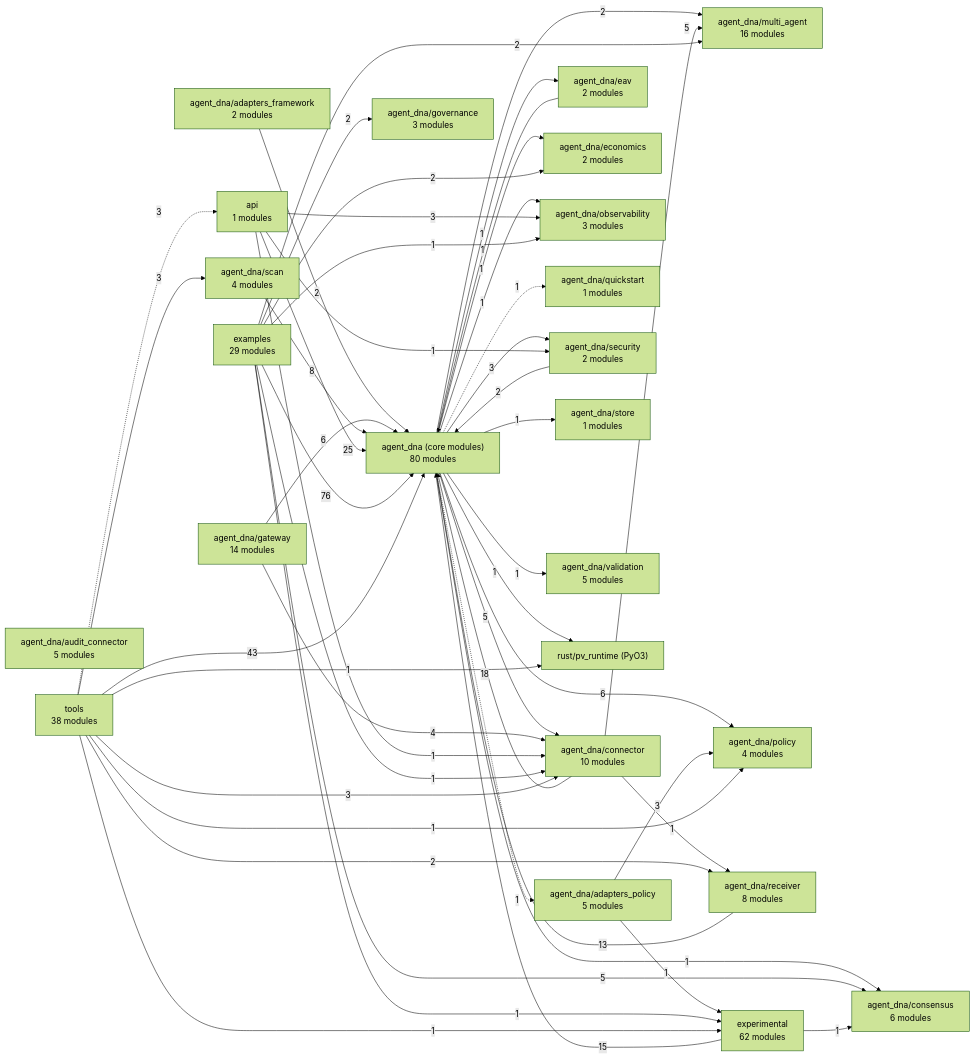
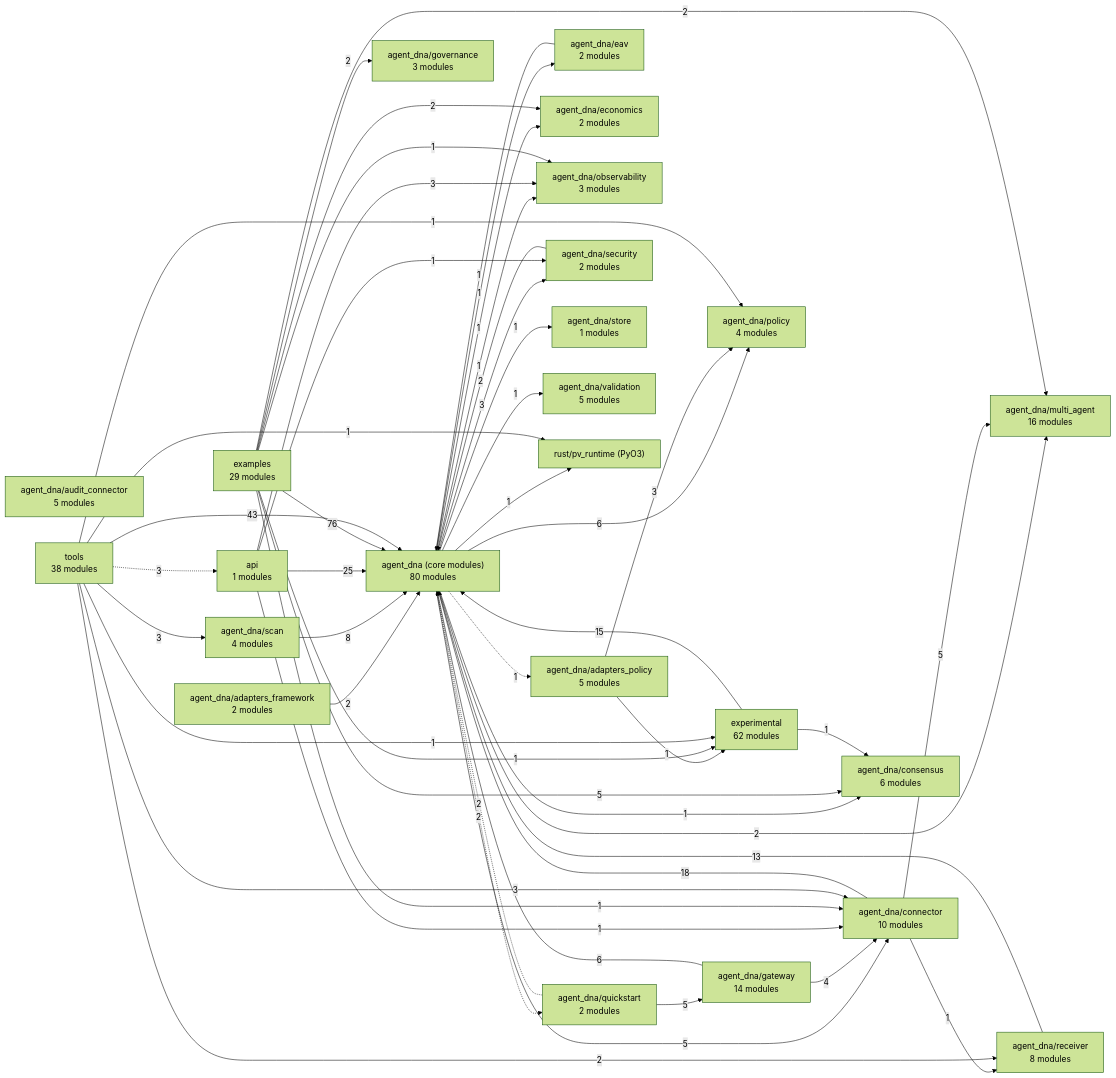
The diagram in docs/architecture/MAP.md (LOLA0786/privatevault-agent-dna), drawn with Mermaid (forest theme) before and after one commit. The commit also changed other lines of this file and 23 other files, not shown here.

````diff
--- a/docs/architecture/MAP.md
+++ b/docs/architecture/MAP.md
@@ -7,74 +7,76 @@
 ```mermaid
 flowchart LR
   n0["agent_dna (core modules)<br/>80 modules"]
   n1["agent_dna/adapters_framework<br/>2 modules"]
   n2["agent_dna/adapters_policy<br/>5 modules"]
   n3["agent_dna/audit_connector<br/>5 modules"]
   n4["agent_dna/connector<br/>10 modules"]
   n5["agent_dna/consensus<br/>6 modules"]
   n6["agent_dna/eav<br/>2 modules"]
   n7["agent_dna/economics<br/>2 modules"]
   n8["agent_dna/gateway<br/>14 modules"]
   n9["agent_dna/governance<br/>3 modules"]
   n10["agent_dna/multi_agent<br/>16 modules"]
   n11["agent_dna/observability<br/>3 modules"]
   n12["agent_dna/policy<br/>4 modules"]
-  n13["agent_dna/quickstart<br/>1 modules"]
+  n13["agent_dna/quickstart<br/>2 modules"]
   n14["agent_dna/receiver<br/>8 modules"]
   n15["agent_dna/scan<br/>4 modules"]
   n16["agent_dna/security<br/>2 modules"]
   n17["agent_dna/store<br/>1 modules"]
   n18["agent_dna/validation<br/>5 modules"]
   n19["api<br/>1 modules"]
   n20["examples<br/>29 modules"]
   n21["experimental<br/>62 modules"]
   n22["rust/pv_runtime (PyO3)"]
   n23["tools<br/>38 modules"]
   n0 -.->|1| n2
   n0 -->|5| n4
   n0 -->|1| n5
   n0 -->|1| n6
   n0 -->|1| n7
   n0 -->|2| n10
   n0 -->|1| n11
   n0 -->|6| n12
-  n0 -.->|1| n13
+  n0 -.->|2| n13
   n0 -->|3| n16
   n0 -->|1| n17
   n0 -->|1| n18
   n0 -->|1| n22
   n1 -->|2| n0
   n2 -->|3| n12
   n2 -->|1| n21
   n4 -->|18| n0
   n4 -->|5| n10
   n4 -->|1| n14
   n6 -->|1| n0
   n8 -->|6| n0
   n8 -->|4| n4
+  n13 -.->|2| n0
+  n13 -->|5| n8
   n14 -->|13| n0
   n15 -->|8| n0
   n16 -->|2| n0
   n19 -->|25| n0
   n19 -->|1| n4
   n19 -->|3| n11
   n19 -->|1| n16
   n20 -->|76| n0
   n20 -->|1| n4
   n20 -->|5| n5
   n20 -->|2| n7
   n20 -->|2| n9
   n20 -->|2| n10
   n20 -->|1| n11
   n20 -->|1| n21
   n21 -->|15| n0
   n21 -->|1| n5
   n23 -->|43| n0
   n23 -->|3| n4
   n23 -->|1| n12
   n23 -->|2| n14
   n23 -->|3| n15
   n23 -.->|3| n19
   n23 -->|1| n21
   n23 -->|1| n22
 ```
````
